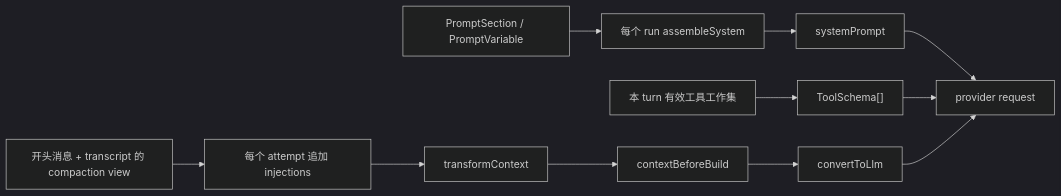
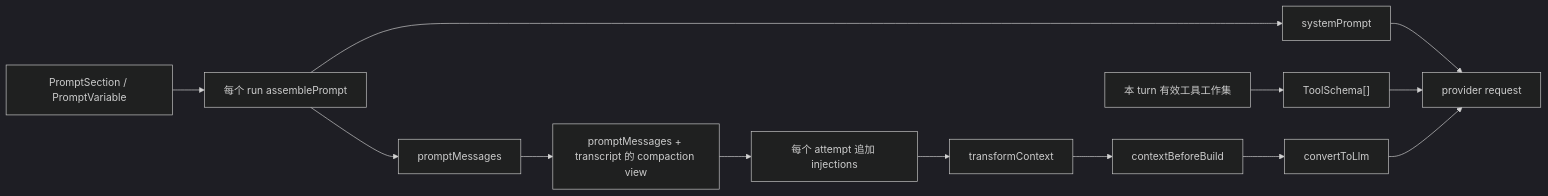
One commit to echo-yiyi/echo-agent changed the diagram in docs/design/prompt.md. Above: the diagram before and after it, drawn with Mermaid (dark theme). The commit also changed other lines of this file and 44 other files, not shown here.

First line of the commit message:
prompt 段自己声明载体：carrier 为 messages 的段不进 system；项目指令移出 system，记忆正文走同一个注册口

````diff
--- a/docs/design/prompt.md
+++ b/docs/design/prompt.md
@@ -29,13 +31,15 @@
 ```mermaid
 flowchart LR
-    S["PromptSection / PromptVariable"] --> A["每个 run assembleSystem"]
+    S["PromptSection / PromptVariable"] --> A["每个 run assemblePrompt"]
     A --> SYS["systemPrompt"]
+    A --> PM["promptMessages"]
     T["本 turn 有效工具工作集"] --> SCH["ToolSchema[]"]
-    L["开头消息 + transcript 的 compaction view"] --> INJ["每个 attempt 追加 injections"]
+    PM --> L["promptMessages + transcript 的 compaction view"]
+    L --> INJ["每个 attempt 追加 injections"]
     INJ --> X["transformContext"]
     X --> H["contextBeforeBuild"]
     H --> P["convertToLlm"]
     SYS --> R["provider request"]
     SCH --> R
     P --> R
 ```
````
